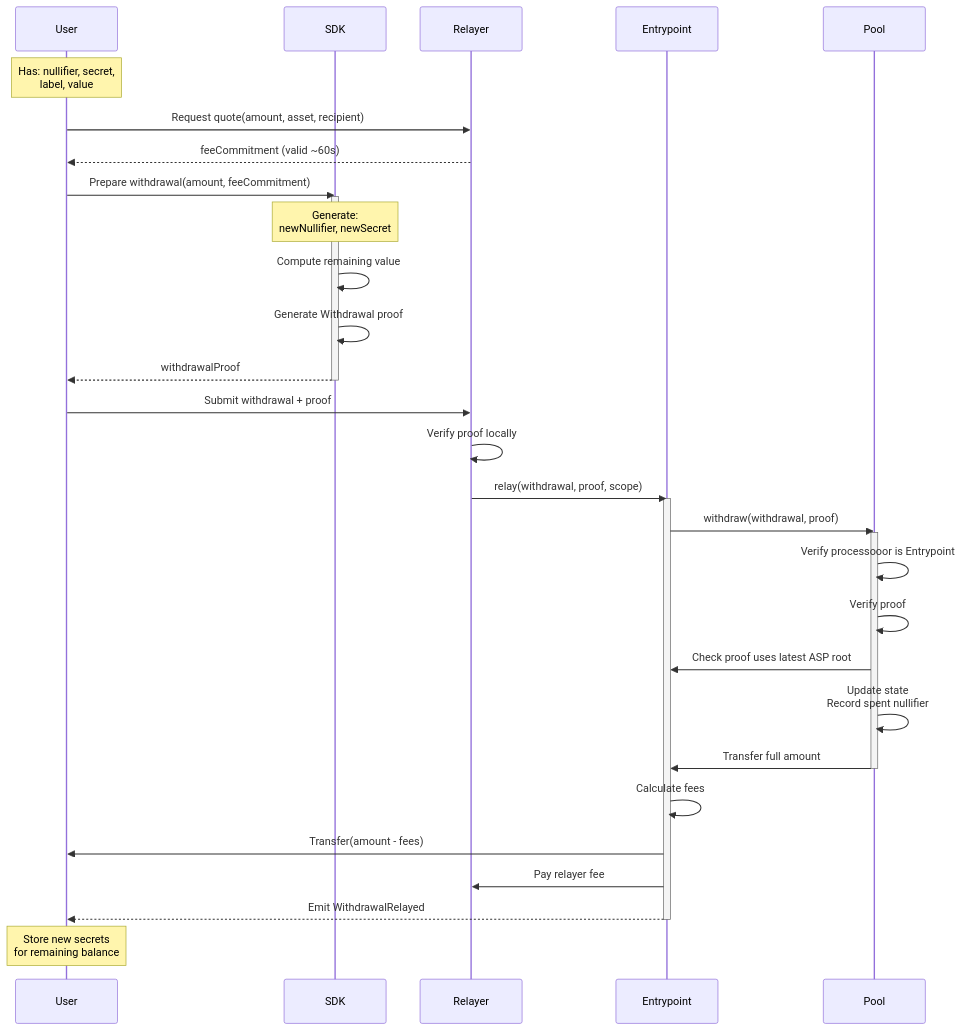
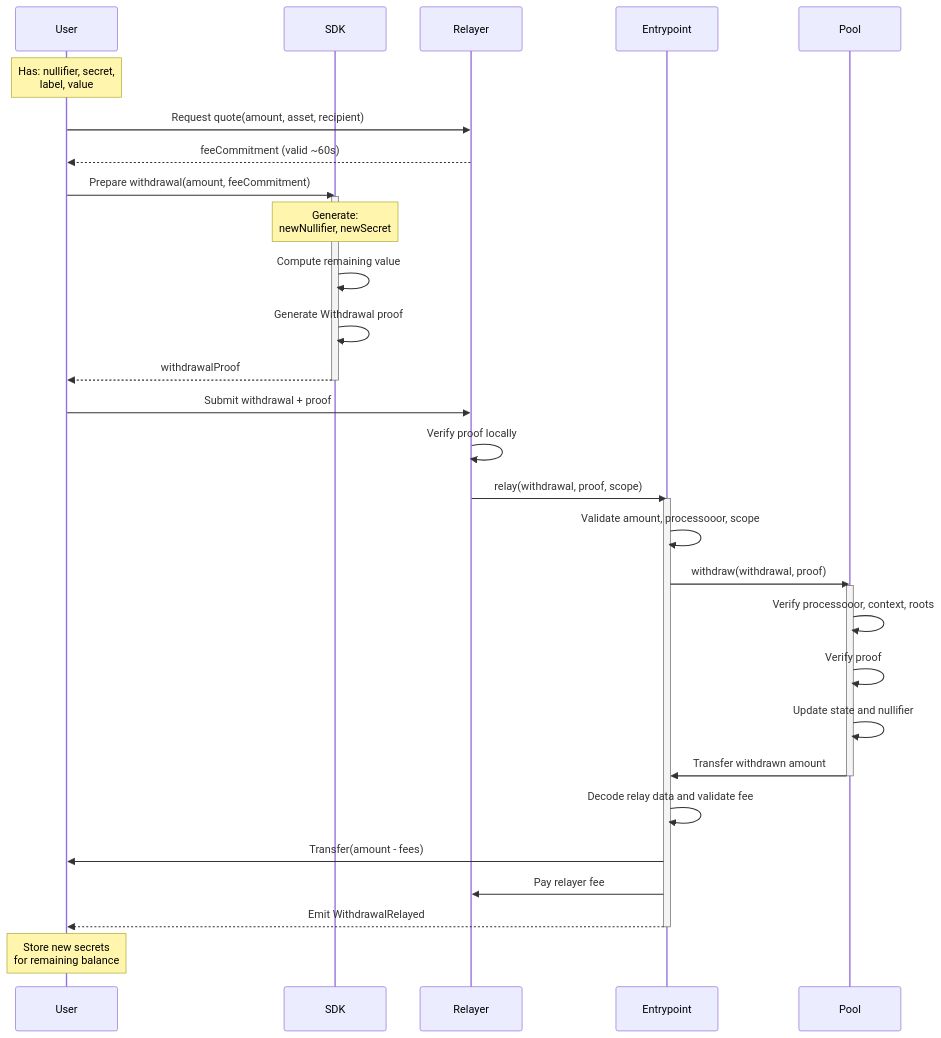
The diagram in docs/docs/protocol/withdrawal.md (0xmatthewb/privacy-pools-core), drawn with Mermaid before and after one commit. The commit also changed other lines of this file and 11 other files, not shown here.

````diff
--- a/docs/docs/protocol/withdrawal.md
+++ b/docs/docs/protocol/withdrawal.md
@@ -27,49 +27,48 @@
 ```mermaid
 sequenceDiagram
     participant User
     participant SDK
     participant Relayer
     participant Entrypoint
     participant Pool
 
 
     Note over User: Has: nullifier, secret,<br/>label, value
 
     User->>Relayer: Request quote(amount, asset, recipient)
     Relayer-->>User: feeCommitment (valid ~60s)
 
     User->>SDK: Prepare withdrawal(amount, feeCommitment)
 
     activate SDK
     Note over SDK: Generate:<br/>newNullifier, newSecret
     SDK->>SDK: Compute remaining value
     SDK->>SDK: Generate Withdrawal proof
     SDK-->>User: withdrawalProof
     deactivate SDK
 
     User->>Relayer: Submit withdrawal + proof
     Relayer->>Relayer: Verify proof locally
     Relayer->>Entrypoint: relay(withdrawal, proof, scope)
 
     activate Entrypoint
+    Entrypoint->>Entrypoint: Validate amount, processooor, scope
     Entrypoint->>Pool: withdraw(withdrawal, proof)
 
     activate Pool
-    Pool->>Pool: Verify processooor is Entrypoint
+    Pool->>Pool: Verify processooor, context, roots
     Pool->>Pool: Verify proof
-    Pool->>Entrypoint: Check proof uses latest ASP root
-
-    Pool->>Pool: Update state<br/>Record spent nullifier
-    Pool->>Entrypoint: Transfer full amount
+    Pool->>Pool: Update state and nullifier
+    Pool->>Entrypoint: Transfer withdrawn amount
     deactivate Pool
 
-    Entrypoint->>Entrypoint: Calculate fees
+    Entrypoint->>Entrypoint: Decode relay data and validate fee
     Entrypoint->>User: Transfer(amount - fees)
     Entrypoint->>Relayer: Pay relayer fee
 
     Entrypoint-->>User: Emit WithdrawalRelayed
     deactivate Entrypoint
 
     Note over User: Store new secrets<br/>for remaining balance
 
 ```
````
